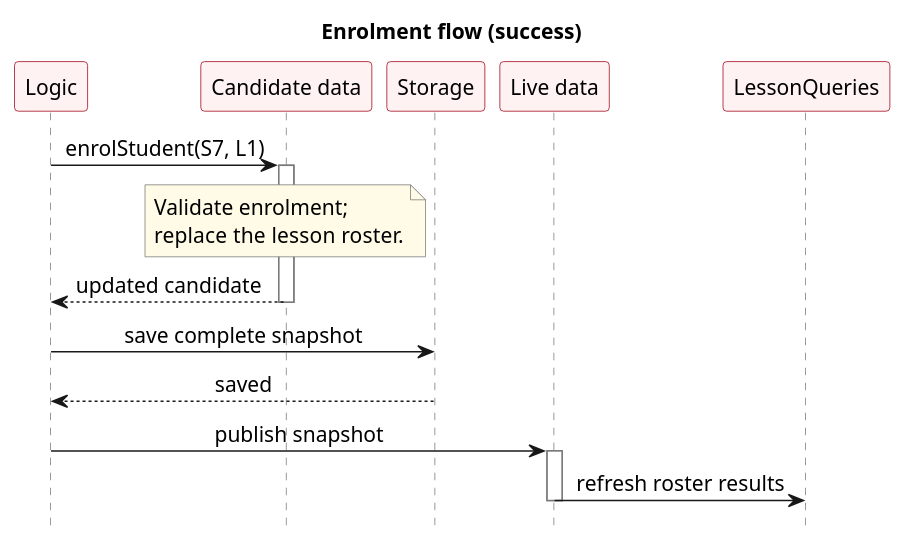
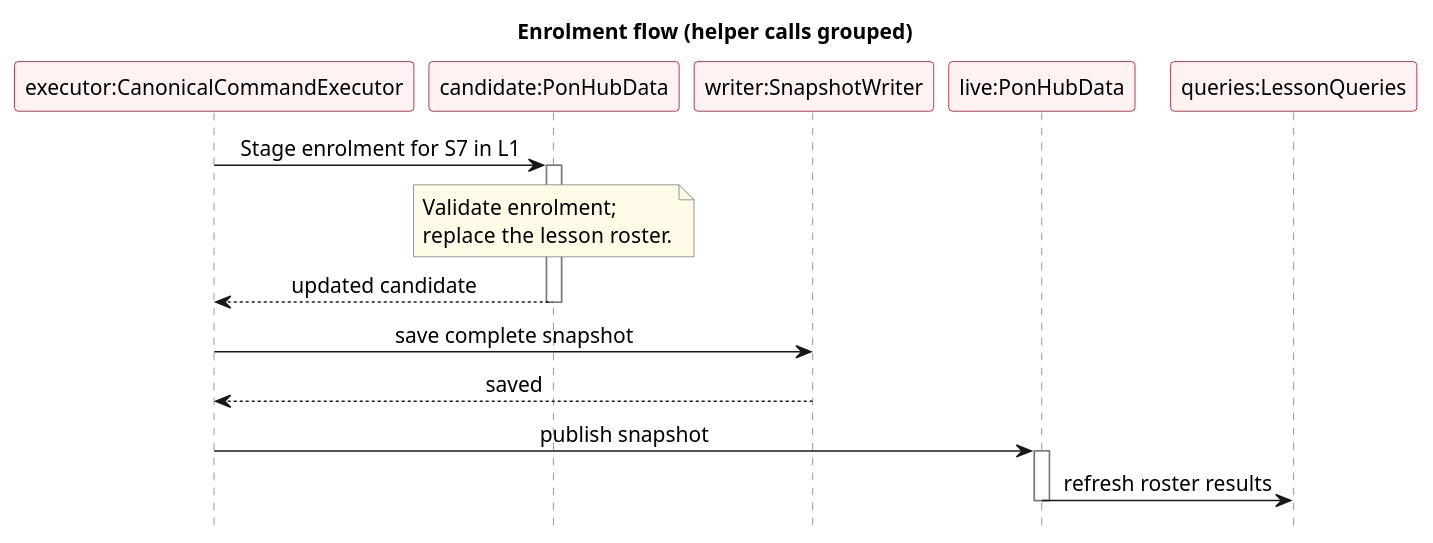
Before and after one commit to AY2627S1-CS2103T-F13-3/tp: the diagram in docs/diagrams/StudentEnrolmentSequenceDiagram.puml, drawn with PlantUML. The commit also changed 3 other files, not shown here.

Commit message:
Identify sequence diagram object types

```diff
--- a/docs/diagrams/StudentEnrolmentSequenceDiagram.puml
+++ b/docs/diagrams/StudentEnrolmentSequenceDiagram.puml
@@ -1,36 +1,36 @@
 @startuml
 ' Draft by Vincent Lin with OpenAI Codex assistance.
 ' Self-contained source; render with PlantUML 1.2025.3.
 skinparam defaultFontName Arial
 skinparam defaultFontSize 14
 skinparam shadowing false
 skinparam sequenceMessageAlign center
 skinparam sequenceParticipantBackgroundColor #FFF2F3
 skinparam sequenceParticipantBorderColor #9D0012
 skinparam sequenceLifeLineBorderColor #777777
 skinparam noteBackgroundColor #FFFBE6
 skinparam noteBorderColor #777777
 hide footbox
 
-title Enrolment flow (success)
-participant Logic
-participant "Candidate data" as Candidate
-participant Storage
-participant "Live data" as Live
-participant LessonQueries as Queries
+title Enrolment flow (helper calls grouped)
+participant "executor:CanonicalCommandExecutor" as Logic
+participant "candidate:PonHubData" as Candidate
+participant "writer:SnapshotWriter" as Storage
+participant "live:PonHubData" as Live
+participant "queries:LessonQueries" as Queries
 
-Logic -> Candidate : enrolStudent(S7, L1)
+Logic -> Candidate : Stage enrolment for S7 in L1
 activate Candidate
 note over Candidate
   Validate enrolment;
   replace the lesson roster.
 end note
 Candidate --> Logic : updated candidate
  deactivate Candidate
 Logic -> Storage : save complete snapshot
 Storage --> Logic : saved
 Logic -> Live : publish snapshot
 activate Live
 Live -> Queries : refresh roster results
  deactivate Live
 @enduml
```
